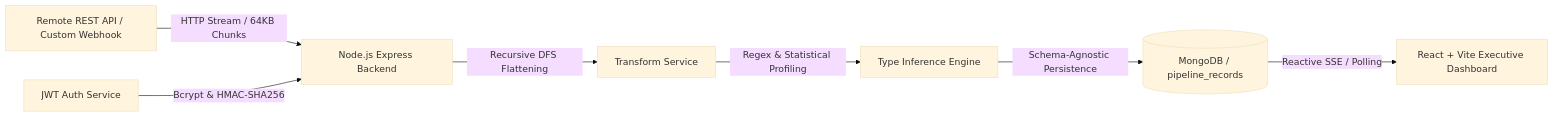
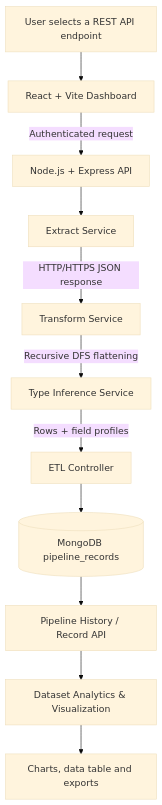
One commit to Vedant169/ForgeFlow changed the diagram in README.md. Above: the diagram before and after it, drawn with Mermaid (base theme). The commit also changed other lines of this file, not shown here.

Commit message:
docs: rewrite README for ForgeFlow ETL platform

````diff
--- a/README.md
+++ b/README.md
@@ -9,9 +31,13 @@
 ```mermaid
-flowchart LR
-    A[Remote REST API / Custom Webhook] -->|HTTP Stream / 64KB Chunks| B[Node.js Express Backend]
-    B -->|Recursive DFS Flattening| C[Transform Service]
-    C -->|Regex & Statistical Profiling| D[Type Inference Engine]
-    D -->|Schema-Agnostic Persistence| E[(MongoDB / pipeline_records)]
-    E -->|Reactive SSE / Polling| F[React + Vite Executive Dashboard]
-    G[JWT Auth Service] -->|Bcrypt & HMAC-SHA256| B
+flowchart TD
+    A[User selects a REST API endpoint] --> B[React + Vite Dashboard]
+    B -->|Authenticated request| C[Node.js + Express API]
+    C --> D[Extract Service]
+    D -->|HTTP/HTTPS JSON response| E[Transform Service]
+    E -->|Recursive DFS flattening| F[Type Inference Service]
+    F -->|Rows + field profiles| G[ETL Controller]
+    G --> H[(MongoDB pipeline_records)]
+    H --> I[Pipeline History / Record API]
+    I --> J[Dataset Analytics & Visualization]
+    J --> K[Charts, data table and exports]
 ```
````
